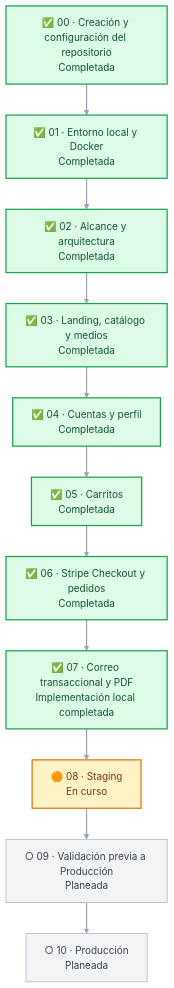
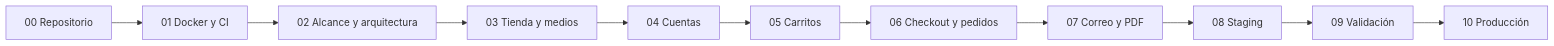
One commit to sadamlg/sr_del_mictlan changed the diagram in docs/ROADMAP.md. Above: the diagram before and after it, drawn with Mermaid. The commit also changed other lines of this file and 5 other files, not shown here.

````diff
--- a/docs/ROADMAP.md
+++ b/docs/ROADMAP.md
@@ -23,24 +23,4 @@
 ```mermaid
-flowchart TB
-    p00["✅ 00 · Creación y configuración del repositorio<br/>Completada"] --> p01
-    p01["✅ 01 · Entorno local y Docker<br/>Completada"] --> p02["✅ 02 · Alcance y arquitectura<br/>Completada"]
-    p02 --> p03["✅ 03 · Landing, catálogo y medios<br/>Completada"]
-    p03 --> p04["✅ 04 · Cuentas y perfil<br/>Completada"]
-    p04 --> p05["✅ 05 · Carritos<br/>Completada"]
-    p05 --> p06["✅ 06 · Stripe Checkout y pedidos<br/>Completada"]
-    p06 --> p07["✅ 07 · Correo transaccional y PDF<br/>Implementación local completada"]
-    p07 --> p08["🟠 08 · Staging<br/>En curso"]
-    p08 --> p09["○ 09 · Validación previa a Producción<br/>Planeada"]
-    p09 --> p10["○ 10 · Producción<br/>Planeada"]
-
-    classDef completed fill:#dcfce7,stroke:#16a34a,color:#14532d,stroke-width:2px;
-    classDef active fill:#fef3c7,stroke:#d97706,color:#78350f,stroke-width:2px;
-    classDef restart fill:#ede9fe,stroke:#7c3aed,color:#4c1d95,stroke-width:2px;
-    classDef planned fill:#f3f4f6,stroke:#9ca3af,color:#374151;
-
-    class p00,p01,p02,p03,p04,p05,p06,p07 completed;
-    class p08 active;
-    class p09,p10 planned;
-
-    linkStyle default stroke:#94a3b8,stroke-width:2px;
+flowchart LR
+    p00["00 Repositorio"] --> p01["01 Docker y CI"] --> p02["02 Alcance y arquitectura"] --> p03["03 Tienda y medios"] --> p04["04 Cuentas"] --> p05["05 Carritos"] --> p06["06 Checkout y pedidos"] --> p07["07 Correo y PDF"] --> p08["08 Staging"] --> p09["09 Validación"] --> p10["10 Producción"]
 ```
````
